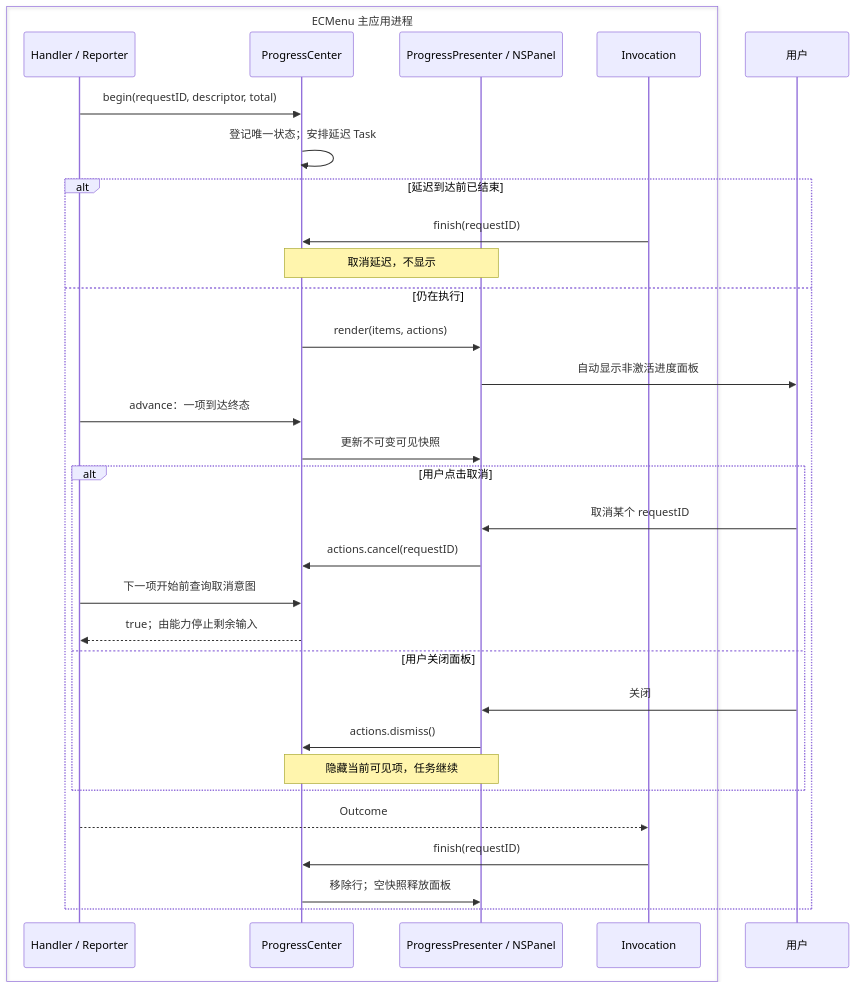
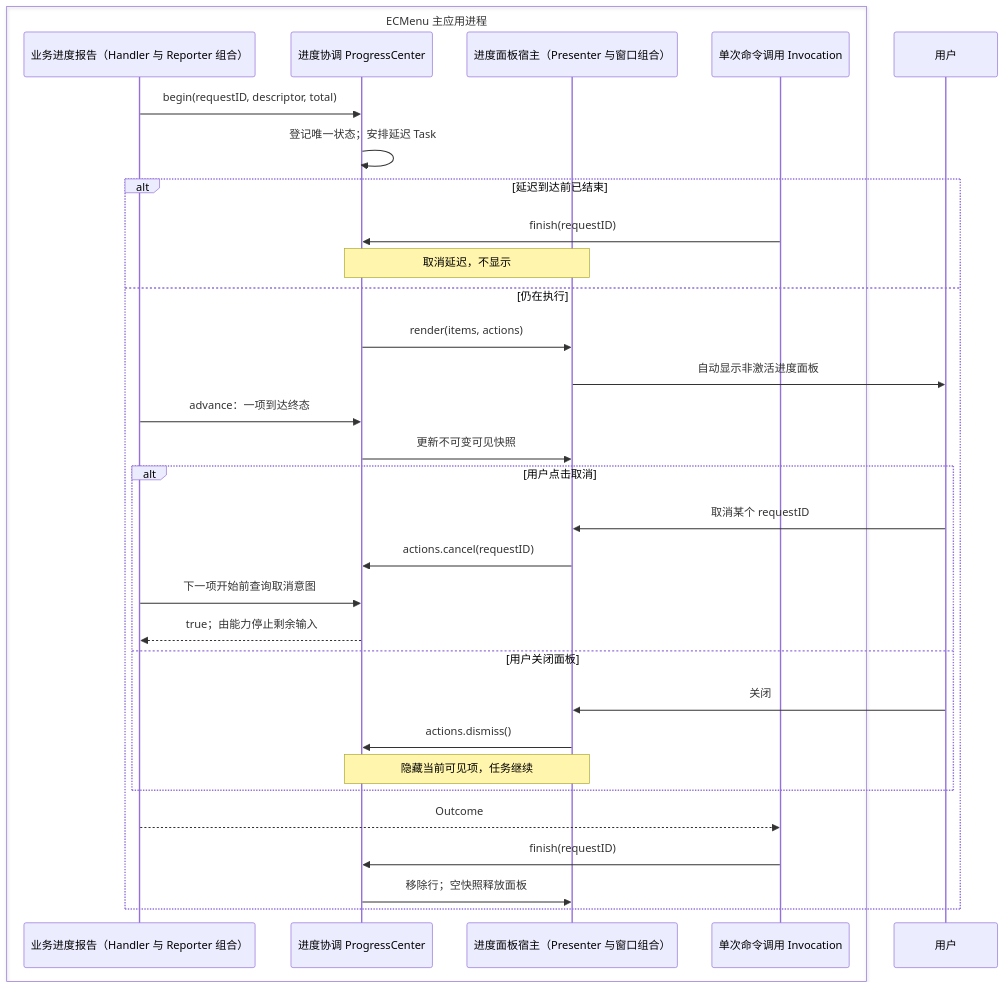
The diagram in spec/Technical/Runtime/CommandProgress.md (tlb-22/mac-tool-ecmenu), drawn with Mermaid before and after one commit. The commit also changed other lines of this file and 38 other files, not shown here.

````diff
--- a/spec/Technical/Runtime/CommandProgress.md
+++ b/spec/Technical/Runtime/CommandProgress.md
@@ -7,34 +7,34 @@
 ```mermaid
 sequenceDiagram
     box ECMenu 主应用进程
-        participant H as Handler / Reporter
-        participant C as ProgressCenter
-        participant V as ProgressPresenter / NSPanel
-        participant R as Invocation
+        participant H as 业务进度报告（Handler 与 Reporter 组合）
+        participant C as 进度协调 ProgressCenter
+        participant V as 进度面板宿主（Presenter 与窗口组合）
+        participant R as 单次命令调用 Invocation
     end
     participant U as 用户
     H->>C: begin(requestID, descriptor, total)
     C->>C: 登记唯一状态；安排延迟 Task
     alt 延迟到达前已结束
         R->>C: finish(requestID)
         Note over C,V: 取消延迟，不显示
     else 仍在执行
         C->>V: render(items, actions)
         V->>U: 自动显示非激活进度面板
         H->>C: advance：一项到达终态
         C->>V: 更新不可变可见快照
         alt 用户点击取消
             U->>V: 取消某个 requestID
             V->>C: actions.cancel(requestID)
             H->>C: 下一项开始前查询取消意图
             C-->>H: true；由能力停止剩余输入
         else 用户关闭面板
             U->>V: 关闭
             V->>C: actions.dismiss()
             Note over C,V: 隐藏当前可见项，任务继续
         end
         H-->>R: Outcome
         R->>C: finish(requestID)
         C->>V: 移除行；空快照释放面板
     end
 ```
````
